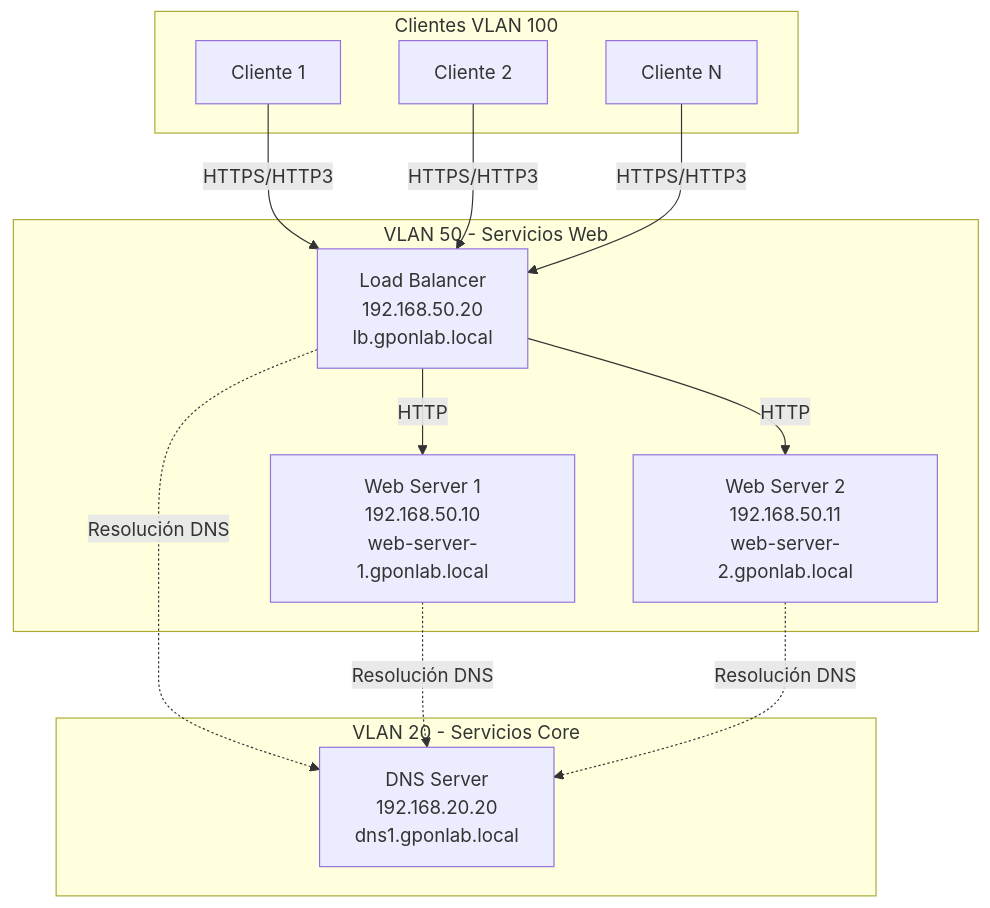
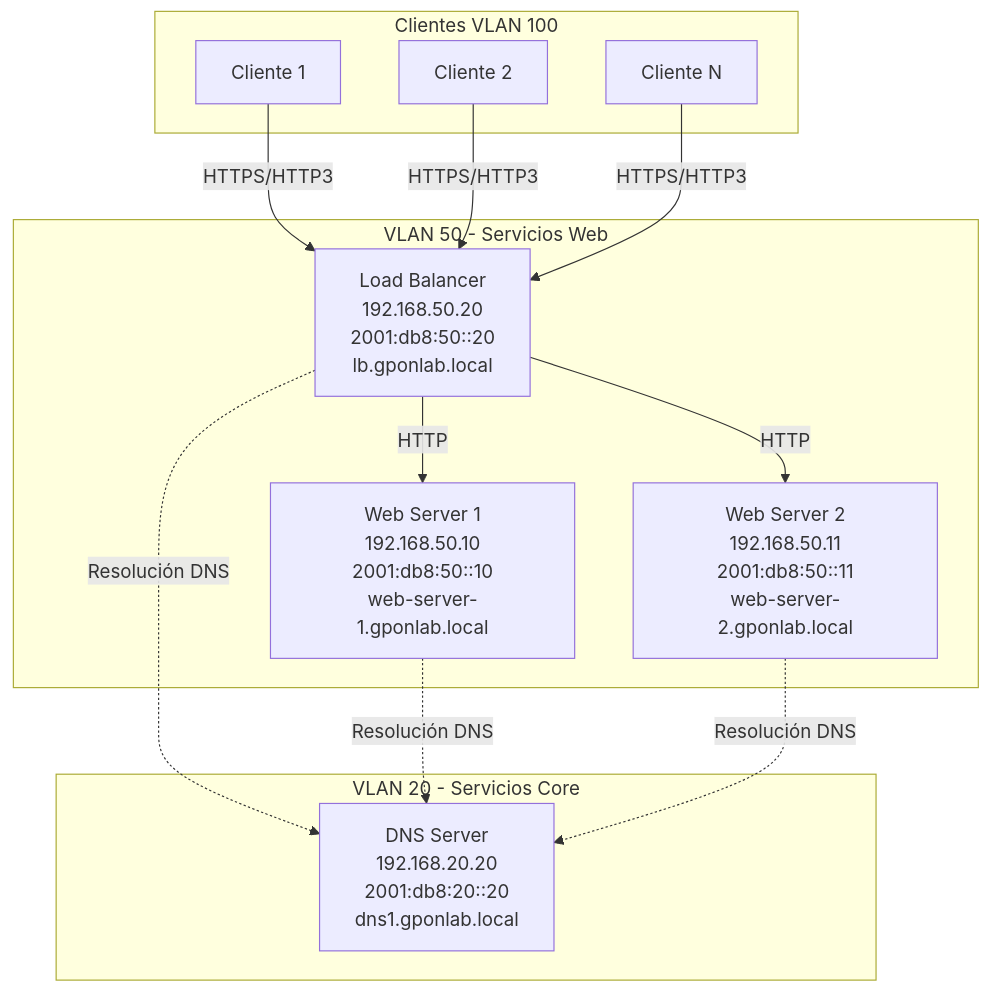
Before and after one commit to Juanda-2880/ISP-Project: the first of 3 diagrams in server/vms/web/web-service/README.md, drawn with Mermaid. The commit also changed other lines of this file, not shown here.

First line of the commit message:
Revise README for Caddy Web Server implementation

````diff
--- a/server/vms/web/web-service/README.md
+++ b/server/vms/web/web-service/README.md
@@ -38,27 +38,27 @@
 ```mermaid
 graph TB
     subgraph "Clientes VLAN 100"
         C1[Cliente 1]
         C2[Cliente 2]
         C3[Cliente N]
     end
     
     subgraph "VLAN 50 - Servicios Web"
-        LB[Load Balancer<br/>192.168.50.20<br/>lb.gponlab.local]
-        WEB1[Web Server 1<br/>192.168.50.10<br/>web-server-1.gponlab.local]
-        WEB2[Web Server 2<br/>192.168.50.11<br/>web-server-2.gponlab.local]
+        LB[Load Balancer<br/>192.168.50.20<br/>2001:db8:50::20<br/>lb.gponlab.local]
+        WEB1[Web Server 1<br/>192.168.50.10<br/>2001:db8:50::10<br/>web-server-1.gponlab.local]
+        WEB2[Web Server 2<br/>192.168.50.11<br/>2001:db8:50::11<br/>web-server-2.gponlab.local]
     end
     
     subgraph "VLAN 20 - Servicios Core"
-        DNS[DNS Server<br/>192.168.20.20<br/>dns1.gponlab.local]
+        DNS[DNS Server<br/>192.168.20.20<br/>2001:db8:20::20<br/>dns1.gponlab.local]
     end
     
     C1 -->|HTTPS/HTTP3| LB
     C2 -->|HTTPS/HTTP3| LB
     C3 -->|HTTPS/HTTP3| LB
     LB -->|HTTP| WEB1
     LB -->|HTTP| WEB2
     LB -.->|Resolución DNS| DNS
     WEB1 -.->|Resolución DNS| DNS
     WEB2 -.->|Resolución DNS| DNS
 ```
````
